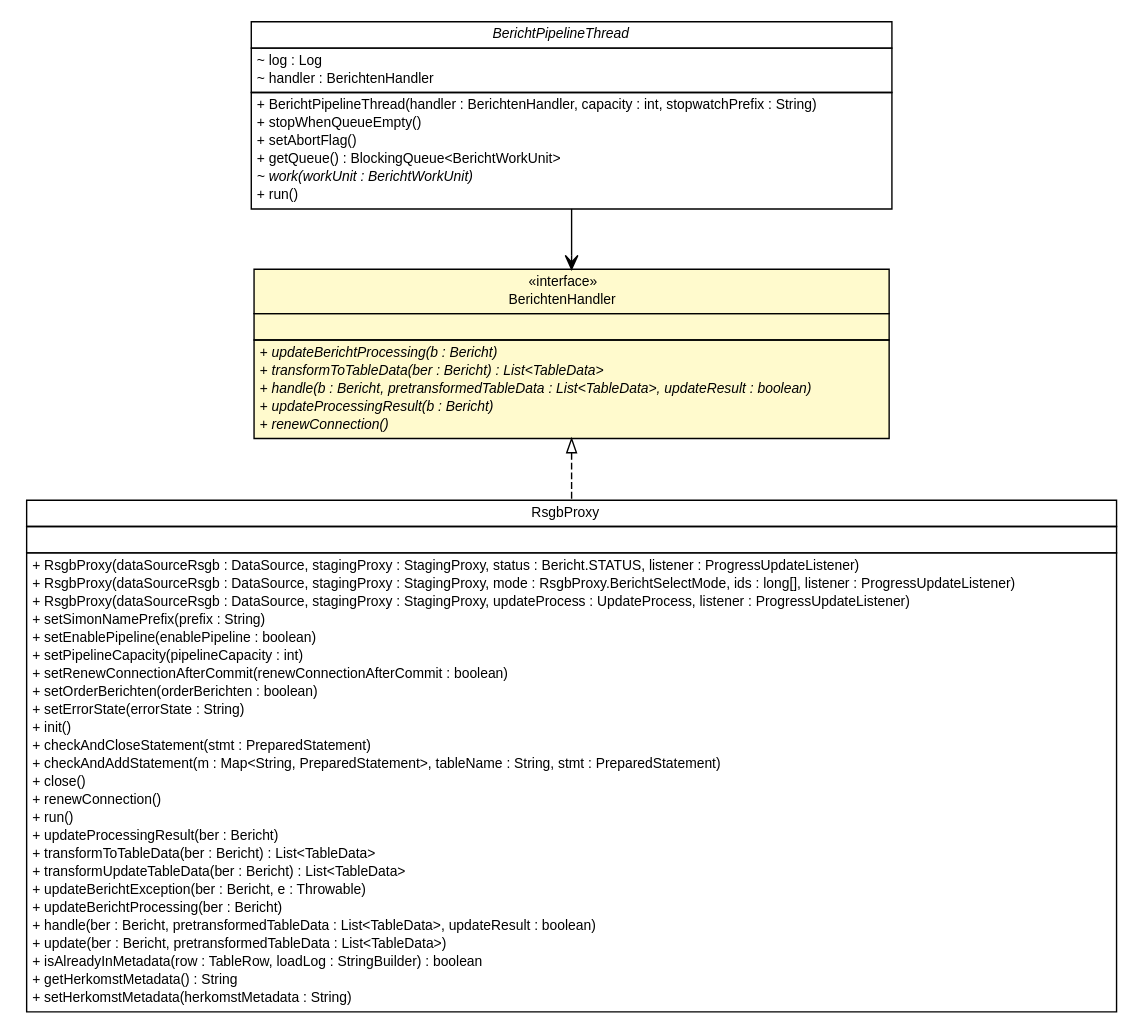
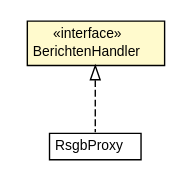
Before and after one commit to B3Partners/brmo: the diagram in brmo-loader/apidocs/nl/b3p/brmo/loader/BerichtenHandler.dot, drawn with Graphviz. The commit also changed 475 other files, not shown here.

```diff
--- a/brmo-loader/apidocs/nl/b3p/brmo/loader/BerichtenHandler.dot
+++ b/brmo-loader/apidocs/nl/b3p/brmo/loader/BerichtenHandler.dot
@@ -1,87 +1,27 @@
 #!/usr/local/bin/dot
 #
 # Class diagram 
 # Generated by UMLGraph version R5_6-24-gf6e263 (http://www.umlgraph.org/)
 #
 
 digraph G {
 	edge [fontname="Helvetica",fontsize=10,labelfontname="Helvetica",labelfontsize=10];
 	node [fontname="Helvetica",fontsize=10,shape=plaintext];
 	nodesep=0.25;
 	ranksep=0.5;
 	// nl.b3p.brmo.loader.RsgbProxy
-	c787 [label=<<table title="nl.b3p.brmo.loader.RsgbProxy" border="0" cellborder="1" cellspacing="0" cellpadding="2" port="p" href="./RsgbProxy.html">
+	c749 [label=<<table title="nl.b3p.brmo.loader.RsgbProxy" border="0" cellborder="1" cellspacing="0" cellpadding="2" port="p" href="./RsgbProxy.html">
 		<tr><td><table border="0" cellspacing="0" cellpadding="1">
 <tr><td align="center" balign="center"> RsgbProxy </td></tr>
 		</table></td></tr>
-		<tr><td><table border="0" cellspacing="0" cellpadding="1">
-<tr><td align="left" balign="left">  </td></tr>
-		</table></td></tr>
-		<tr><td><table border="0" cellspacing="0" cellpadding="1">
-<tr><td align="left" balign="left"> + RsgbProxy(dataSourceRsgb : DataSource, stagingProxy : StagingProxy, status : Bericht.STATUS, listener : ProgressUpdateListener) </td></tr>
-<tr><td align="left" balign="left"> + RsgbProxy(dataSourceRsgb : DataSource, stagingProxy : StagingProxy, mode : RsgbProxy.BerichtSelectMode, ids : long[], listener : ProgressUpdateListener) </td></tr>
-<tr><td align="left" balign="left"> + RsgbProxy(dataSourceRsgb : DataSource, stagingProxy : StagingProxy, updateProcess : UpdateProcess, listener : ProgressUpdateListener) </td></tr>
-<tr><td align="left" balign="left"> + setSimonNamePrefix(prefix : String) </td></tr>
-<tr><td align="left" balign="left"> + setEnablePipeline(enablePipeline : boolean) </td></tr>
-<tr><td align="left" balign="left"> + setPipelineCapacity(pipelineCapacity : int) </td></tr>
-<tr><td align="left" balign="left"> + setRenewConnectionAfterCommit(renewConnectionAfterCommit : boolean) </td></tr>
-<tr><td align="left" balign="left"> + setOrderBerichten(orderBerichten : boolean) </td></tr>
-<tr><td align="left" balign="left"> + setErrorState(errorState : String) </td></tr>
-<tr><td align="left" balign="left"> + init() </td></tr>
-<tr><td align="left" balign="left"> + checkAndCloseStatement(stmt : PreparedStatement) </td></tr>
-<tr><td align="left" balign="left"> + checkAndAddStatement(m : Map&lt;String, PreparedStatement&gt;, tableName : String, stmt : PreparedStatement) </td></tr>
-<tr><td align="left" balign="left"> + close() </td></tr>
-<tr><td align="left" balign="left"> + renewConnection() </td></tr>
-<tr><td align="left" balign="left"> + run() </td></tr>
-<tr><td align="left" balign="left"> + updateProcessingResult(ber : Bericht) </td></tr>
-<tr><td align="left" balign="left"> + transformToTableData(ber : Bericht) : List&lt;TableData&gt; </td></tr>
-<tr><td align="left" balign="left"> + transformUpdateTableData(ber : Bericht) : List&lt;TableData&gt; </td></tr>
-<tr><td align="left" balign="left"> + updateBerichtException(ber : Bericht, e : Throwable) </td></tr>
-<tr><td align="left" balign="left"> + updateBerichtProcessing(ber : Bericht) </td></tr>
-<tr><td align="left" balign="left"> + handle(ber : Bericht, pretransformedTableData : List&lt;TableData&gt;, updateResult : boolean) </td></tr>
-<tr><td align="left" balign="left"> + update(ber : Bericht, pretransformedTableData : List&lt;TableData&gt;) </td></tr>
-<tr><td align="left" balign="left"> + isAlreadyInMetadata(row : TableRow, loadLog : StringBuilder) : boolean </td></tr>
-<tr><td align="left" balign="left"> + getHerkomstMetadata() : String </td></tr>
-<tr><td align="left" balign="left"> + setHerkomstMetadata(herkomstMetadata : String) </td></tr>
-		</table></td></tr>
 		</table>>, URL="./RsgbProxy.html", fontname="Helvetica", fontcolor="black", fontsize=10.0];
 	// nl.b3p.brmo.loader.BerichtenHandler
-	c792 [label=<<table title="nl.b3p.brmo.loader.BerichtenHandler" border="0" cellborder="1" cellspacing="0" cellpadding="2" port="p" bgcolor="lemonChiffon" href="./BerichtenHandler.html">
+	c754 [label=<<table title="nl.b3p.brmo.loader.BerichtenHandler" border="0" cellborder="1" cellspacing="0" cellpadding="2" port="p" bgcolor="lemonChiffon" href="./BerichtenHandler.html">
 		<tr><td><table border="0" cellspacing="0" cellpadding="1">
 <tr><td align="center" balign="center"> &#171;interface&#187; </td></tr>
 <tr><td align="center" balign="center"> BerichtenHandler </td></tr>
 		</table></td></tr>
-		<tr><td><table border="0" cellspacing="0" cellpadding="1">
-<tr><td align="left" balign="left">  </td></tr>
-		</table></td></tr>
-		<tr><td><table border="0" cellspacing="0" cellpadding="1">
-<tr><td align="left" balign="left"><font face="Helvetica-Oblique" point-size="10.0"> + updateBerichtProcessing(b : Bericht) </font></td></tr>
-<tr><td align="left" balign="left"><font face="Helvetica-Oblique" point-size="10.0"> + transformToTableData(ber : Bericht) : List&lt;TableData&gt; </font></td></tr>
-<tr><td align="left" balign="left"><font face="Helvetica-Oblique" point-size="10.0"> + handle(b : Bericht, pretransformedTableData : List&lt;TableData&gt;, updateResult : boolean) </font></td></tr>
-<tr><td align="left" balign="left"><font face="Helvetica-Oblique" point-size="10.0"> + updateProcessingResult(b : Bericht) </font></td></tr>
-<tr><td align="left" balign="left"><font face="Helvetica-Oblique" point-size="10.0"> + renewConnection() </font></td></tr>
-		</table></td></tr>
 		</table>>, URL="./BerichtenHandler.html", fontname="Helvetica", fontcolor="black", fontsize=10.0];
-	// nl.b3p.brmo.loader.pipeline.BerichtPipelineThread
-	c825 [label=<<table title="nl.b3p.brmo.loader.pipeline.BerichtPipelineThread" border="0" cellborder="1" cellspacing="0" cellpadding="2" port="p" href="./pipeline/BerichtPipelineThread.html">
-		<tr><td><table border="0" cellspacing="0" cellpadding="1">
-<tr><td align="center" balign="center"><font face="Helvetica-Oblique"> BerichtPipelineThread </font></td></tr>
-		</table></td></tr>
-		<tr><td><table border="0" cellspacing="0" cellpadding="1">
-<tr><td align="left" balign="left"> ~ log : Log </td></tr>
-<tr><td align="left" balign="left"> ~ handler : BerichtenHandler </td></tr>
-		</table></td></tr>
-		<tr><td><table border="0" cellspacing="0" cellpadding="1">
-<tr><td align="left" balign="left"> + BerichtPipelineThread(handler : BerichtenHandler, capacity : int, stopwatchPrefix : String) </td></tr>
-<tr><td align="left" balign="left"> + stopWhenQueueEmpty() </td></tr>
-<tr><td align="left" balign="left"> + setAbortFlag() </td></tr>
-<tr><td align="left" balign="left"> + getQueue() : BlockingQueue&lt;BerichtWorkUnit&gt; </td></tr>
-<tr><td align="left" balign="left"><font face="Helvetica-Oblique" point-size="10.0"> ~ work(workUnit : BerichtWorkUnit) </font></td></tr>
-<tr><td align="left" balign="left"> + run() </td></tr>
-		</table></td></tr>
-		</table>>, URL="./pipeline/BerichtPipelineThread.html", fontname="Helvetica", fontcolor="black", fontsize=10.0];
 	//nl.b3p.brmo.loader.RsgbProxy implements nl.b3p.brmo.loader.BerichtenHandler
-	c792:p -> c787:p [dir=back,arrowtail=empty,style=dashed];
-	// nl.b3p.brmo.loader.pipeline.BerichtPipelineThread NAVASSOC nl.b3p.brmo.loader.BerichtenHandler
-	c825:p -> c792:p [taillabel="", label="", headlabel="", fontname="Helvetica", fontcolor="black", fontsize=10.0, color="black", arrowhead=open];
+	c754:p -> c749:p [dir=back,arrowtail=empty,style=dashed];
 }
```
